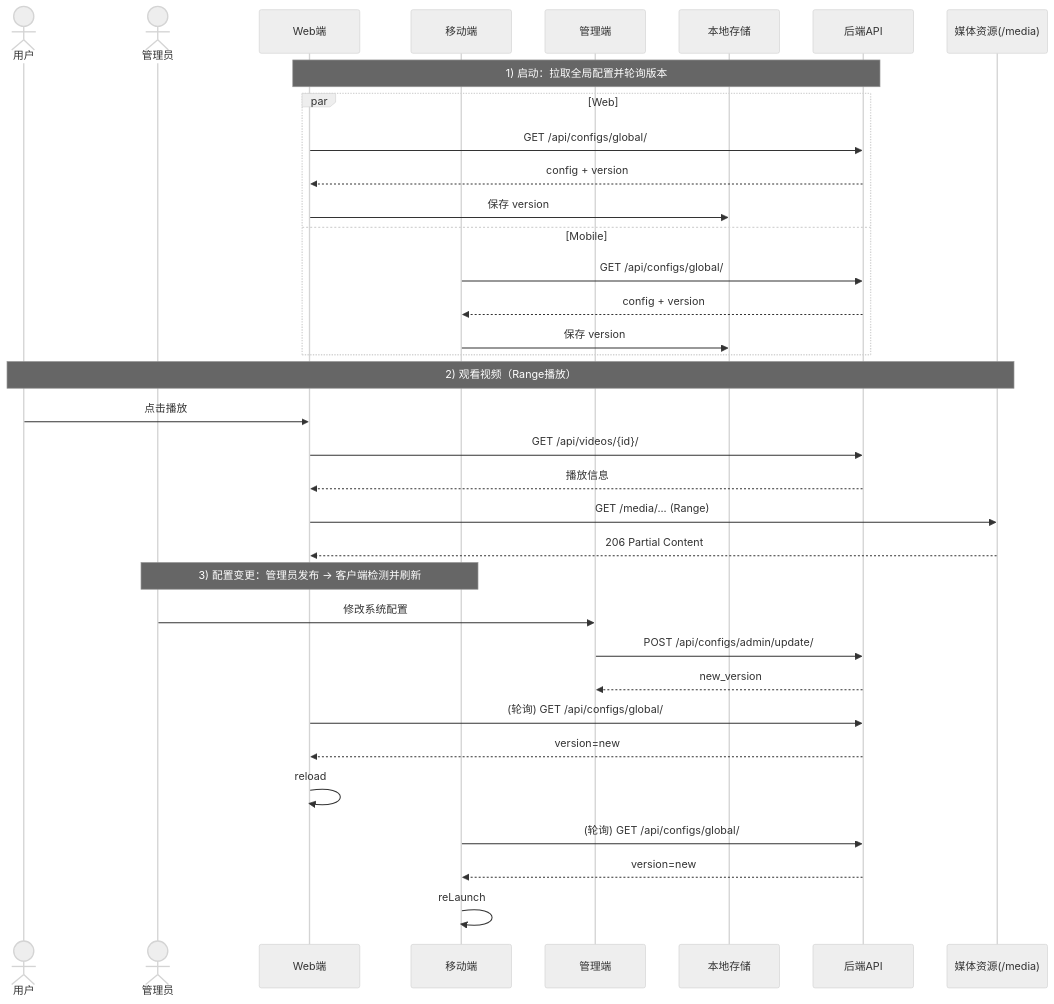
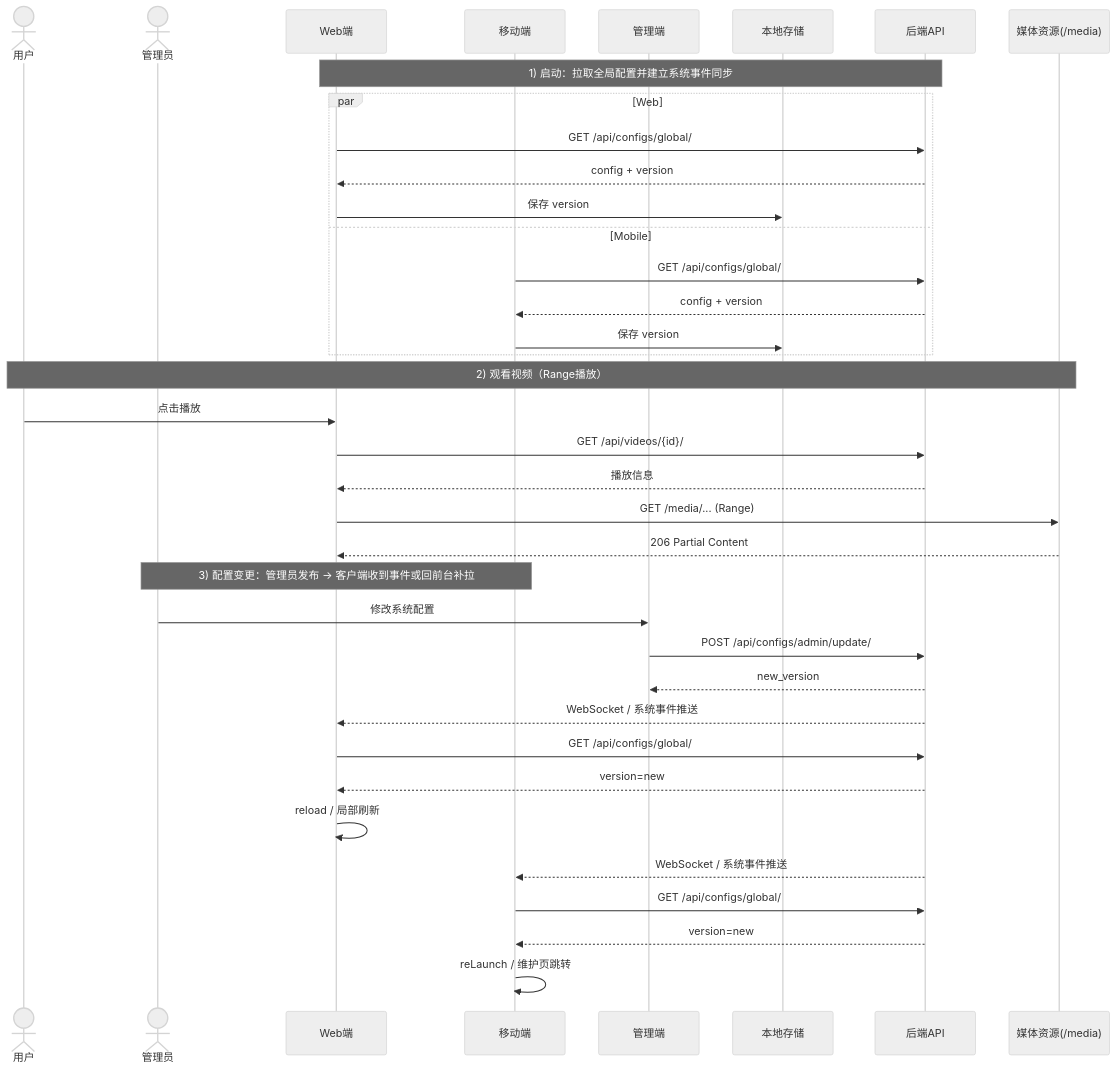
The second of 2 diagrams in docs/frontend_diagrams.md (3198073725/BS01), drawn with Mermaid (neutral theme) before and after one commit. The commit also changed other lines of this file and 2 other files, not shown here.

Commit message:
Update release documentation

````diff
--- a/docs/frontend_diagrams.md
+++ b/docs/frontend_diagrams.md
@@ -135,40 +138,42 @@
 ```mermaid
 sequenceDiagram
   actor U as 用户
   actor A as 管理员
   participant Web as Web端
   participant Mobile as 移动端
   participant Admin as 管理端
   participant Store as 本地存储
   participant API as 后端API
   participant Media as 媒体资源(/media)
 
-  Note over Web,API: 1) 启动：拉取全局配置并轮询版本
+  Note over Web,API: 1) 启动：拉取全局配置并建立系统事件同步
   par Web
     Web->>API: GET /api/configs/global/
     API-->>Web: config + version
     Web->>Store: 保存 version
   and Mobile
     Mobile->>API: GET /api/configs/global/
     API-->>Mobile: config + version
     Mobile->>Store: 保存 version
   end
 
   Note over U,Media: 2) 观看视频（Range播放）
   U->>Web: 点击播放
   Web->>API: GET /api/videos/{id}/
   API-->>Web: 播放信息
   Web->>Media: GET /media/... (Range)
   Media-->>Web: 206 Partial Content
 
-  Note over A,Mobile: 3) 配置变更：管理员发布 -> 客户端检测并刷新
+  Note over A,Mobile: 3) 配置变更：管理员发布 -> 客户端收到事件或回前台补拉
   A->>Admin: 修改系统配置
   Admin->>API: POST /api/configs/admin/update/
   API-->>Admin: new_version
-  Web->>API: (轮询) GET /api/configs/global/
+  API-->>Web: WebSocket / 系统事件推送
+  Web->>API: GET /api/configs/global/
   API-->>Web: version=new
-  Web->>Web: reload
-  Mobile->>API: (轮询) GET /api/configs/global/
+  Web->>Web: reload / 局部刷新
+  API-->>Mobile: WebSocket / 系统事件推送
+  Mobile->>API: GET /api/configs/global/
   API-->>Mobile: version=new
-  Mobile->>Mobile: reLaunch
+  Mobile->>Mobile: reLaunch / 维护页跳转
 ```
````
